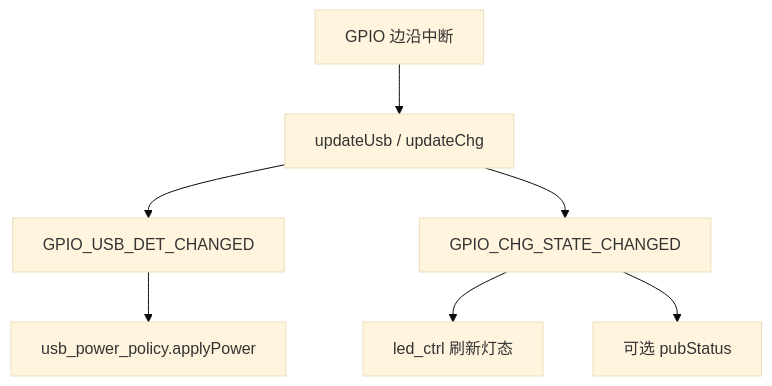
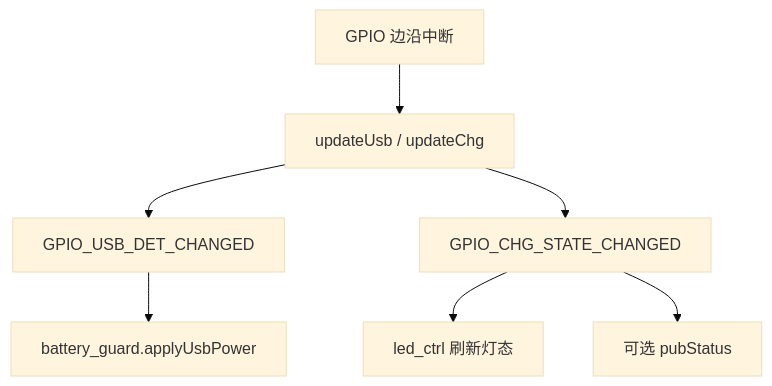
Before and after one commit to dzr1986/AIR780EHM: the diagram in doc/modules/USB_CHARGE_POLICY.md, drawn with Mermaid (base theme). The commit also changed other lines of this file and 9 other files, not shown here.

First line of the commit message:
refactor(L3): USB 边沿策略并入 battery_guard，删除 usb_power_policy

````diff
--- a/doc/modules/USB_CHARGE_POLICY.md
+++ b/doc/modules/USB_CHARGE_POLICY.md
@@ -33,9 +33,9 @@
 ```mermaid
 flowchart TD
     IRQ[GPIO 边沿中断] --> U[updateUsb / updateChg]
     U --> P1[GPIO_USB_DET_CHANGED]
     U --> P2[GPIO_CHG_STATE_CHANGED]
-    P1 --> APP[usb_power_policy.applyPower]
+    P1 --> APP[battery_guard.applyUsbPower]
     P2 --> LED[led_ctrl 刷新灯态]
     P2 --> MQTT[可选 pubStatus]
 ```
````
